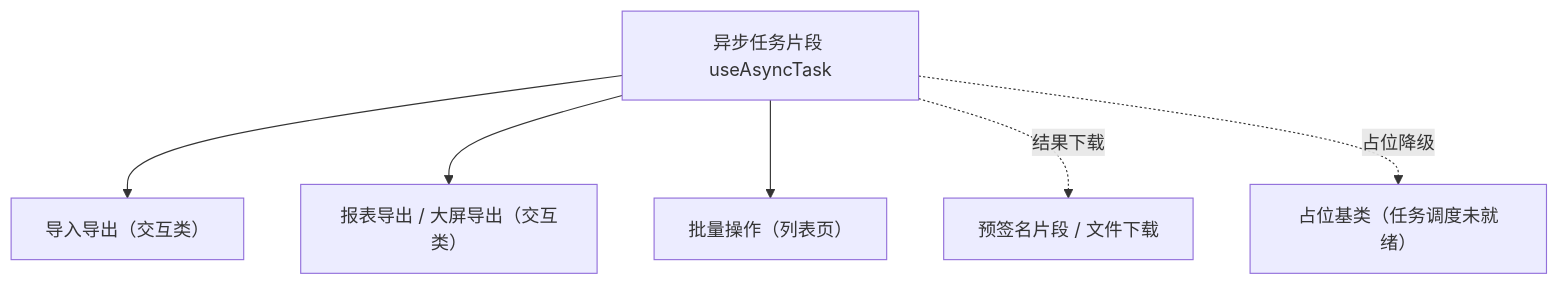
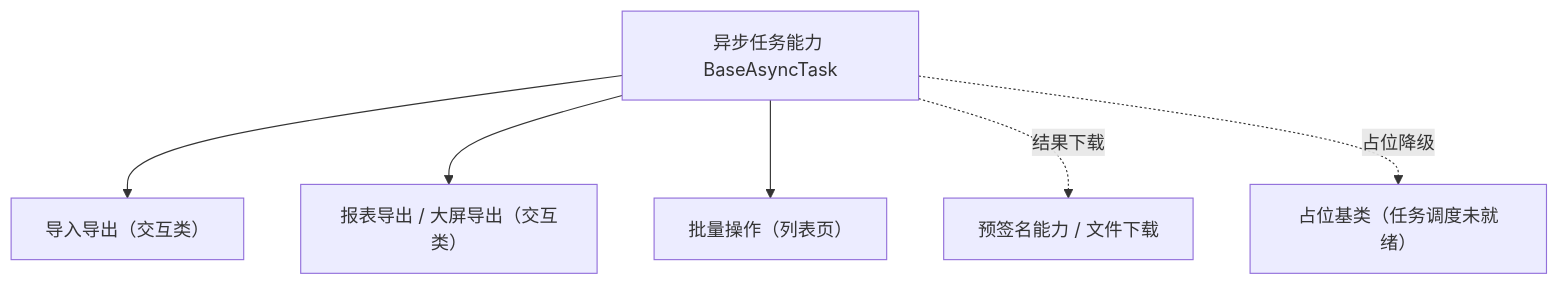
Before and after one commit to minjian123/basic-management-system: the diagram in bms文档/设计/组件设计/02_基础组件类/02_能力片段/14_组件设计_异步任务片段/14_组件设计_异步任务片段.md, drawn with Mermaid. The commit also changed other lines of this file and 49 other files, not shown here.

````diff
--- a/bms文档/设计/组件设计/02_基础组件类/02_能力片段/14_组件设计_异步任务片段/14_组件设计_异步任务片段.md
+++ b/bms文档/设计/组件设计/02_基础组件类/02_能力片段/14_组件设计_异步任务片段/14_组件设计_异步任务片段.md
@@ -15,8 +15,8 @@
 ```mermaid
 flowchart TD
-    T["异步任务片段 useAsyncTask"] --> IE["导入导出（交互类）"]
+    T["异步任务能力 BaseAsyncTask"] --> IE["导入导出（交互类）"]
     T --> RP["报表导出 / 大屏导出（交互类）"]
     T --> BT["批量操作（列表页）"]
-    T -. 结果下载 .-> D["预签名片段 / 文件下载"]
+    T -. 结果下载 .-> D["预签名能力 / 文件下载"]
     T -. 占位降级 .-> PH["占位基类（任务调度未就绪）"]
 ```
````
